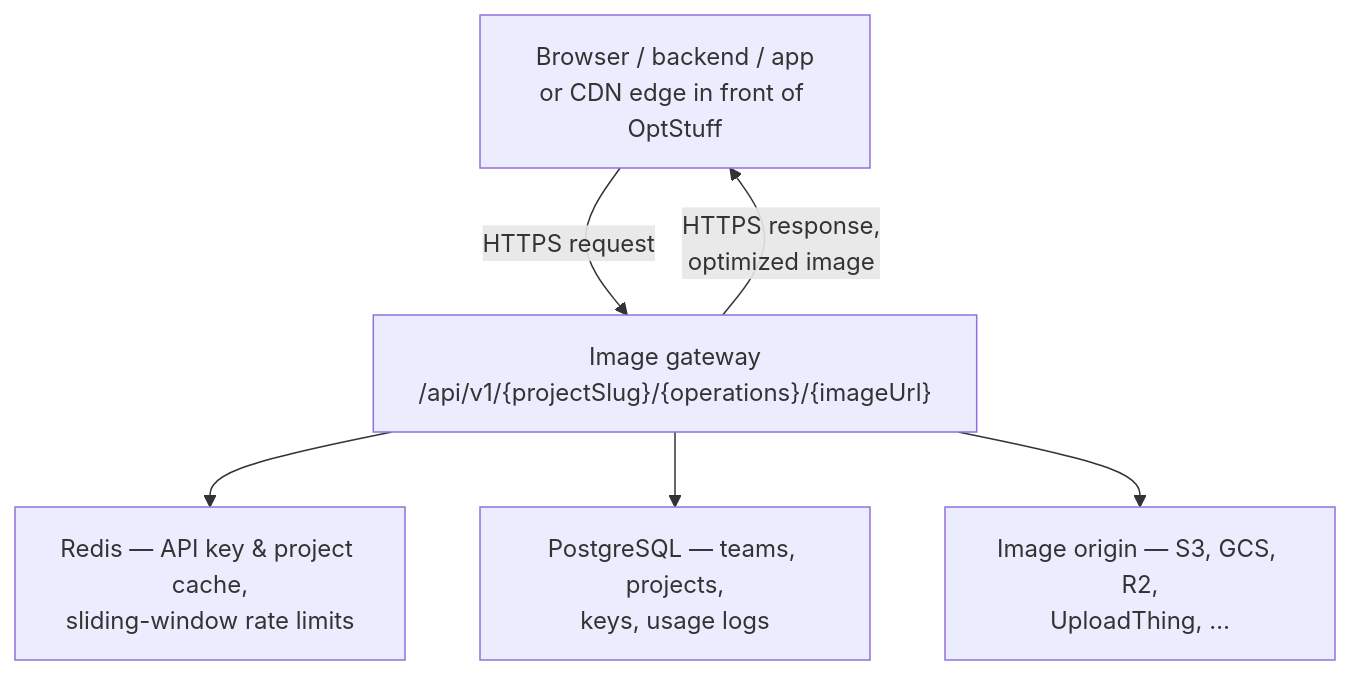
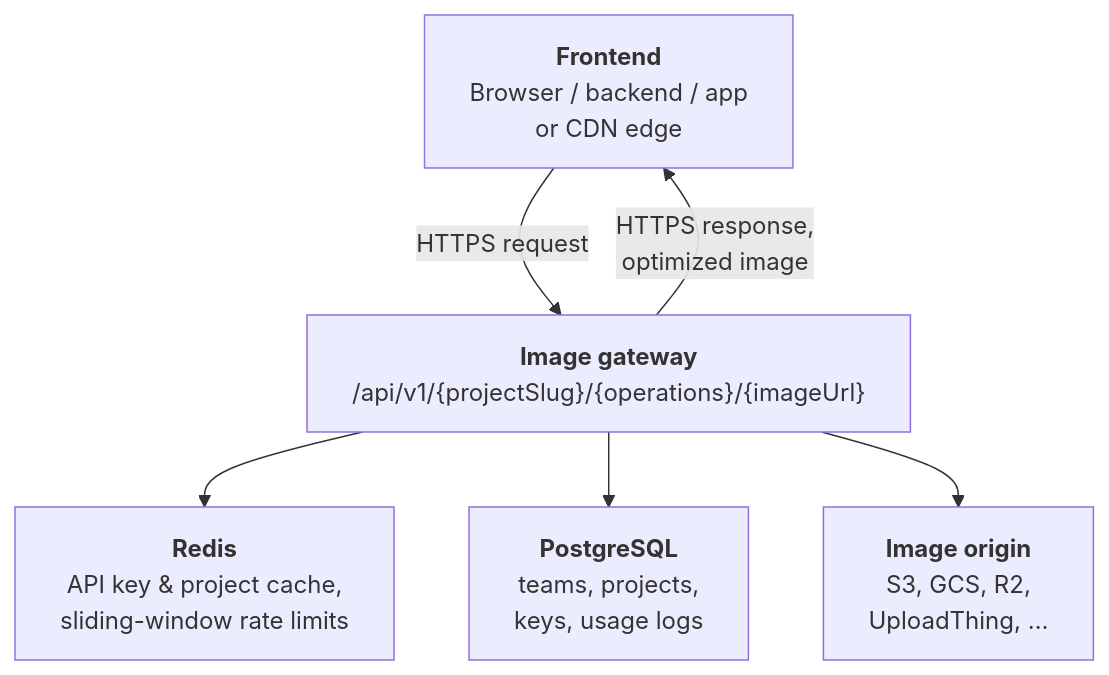
The first of 3 diagrams in apps/docs/content/docs/introduction/how-it-works.mdx (EricTsai83/optstuff), drawn with Mermaid before and after one commit.

Commit message:
Update 'How It Works' documentation to enhance flowchart clarity and terminology
This commit revises the 'How It Works' section by updating the flowchart to use more descriptive terminology, replacing "Client" with "Frontend" and emphasizing the roles of various components. These changes aim to improve the clarity of the architecture and the request processing flow, ensuring a better understanding of client interactions with the image gateway.

````diff
--- a/apps/docs/content/docs/introduction/how-it-works.mdx
+++ b/apps/docs/content/docs/introduction/how-it-works.mdx
@@ -14,12 +14,12 @@
 ```mermaid title="Architecture at a glance"
 flowchart TB
-  Client["Browser / backend / app<br/>or CDN edge in front of OptStuff"]
-  Client -->|"HTTPS request"| Gateway["Image gateway<br/>/api/v1/{projectSlug}/{operations}/{imageUrl}"]
-  Redis["Redis — API key & project cache,<br/>sliding-window rate limits"]
-  PG["PostgreSQL — teams, projects,<br/>keys, usage logs"]
-  Origin["Image origin — S3, GCS, R2,<br/>UploadThing, …"]
+  Frontend["<b>Frontend</b><br/>Browser / backend / app<br/>or CDN edge"]
+  Frontend -->|"HTTPS request"| Gateway["<b>Image gateway</b><br/>/api/v1/{projectSlug}/{operations}/{imageUrl}"]
+  Redis["<b>Redis</b><br/>API key & project cache,<br/>sliding-window rate limits"]
+  PG["<b>PostgreSQL</b><br/>teams, projects,<br/>keys, usage logs"]
+  Origin["<b>Image origin</b><br/>S3, GCS, R2,<br/>UploadThing, …"]
   Gateway --> Redis
   Gateway --> PG
   Gateway --> Origin
-  Gateway -->|"HTTPS response,<br/>optimized image"| Client
+  Gateway -->|"HTTPS response,<br/>optimized image"| Frontend
 ```
````
